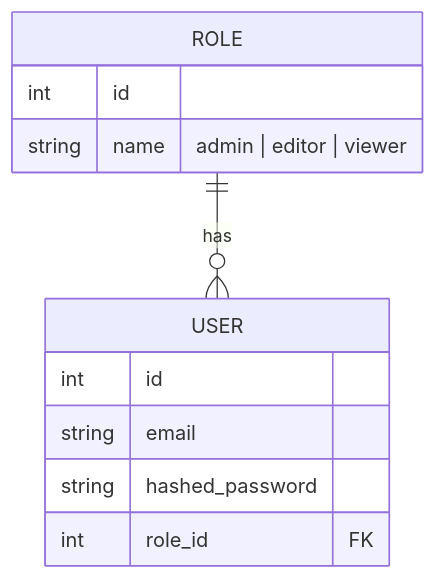
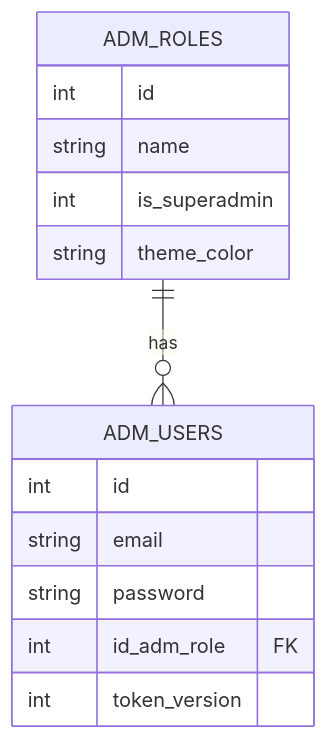
Before and after one commit to MarvinMosiCoder/vram-py: the third of 3 diagrams in docs/ARCHITECTURE.md, drawn with Mermaid. The commit also changed other lines of this file and 31 other files, not shown here.

````diff
--- a/docs/ARCHITECTURE.md
+++ b/docs/ARCHITECTURE.md
@@ -97,14 +124,17 @@
 ```mermaid
 erDiagram
-    ROLE ||--o{ USER : has
-    ROLE {
+    ADM_ROLES ||--o{ ADM_USERS : has
+    ADM_ROLES {
         int id
-        string name "admin | editor | viewer"
+        string name
+        int is_superadmin
+        string theme_color
     }
-    USER {
+    ADM_USERS {
         int id
         string email
-        string hashed_password
-        int role_id FK
+        string password
+        int id_adm_role FK
+        int token_version
     }
 ```
````
